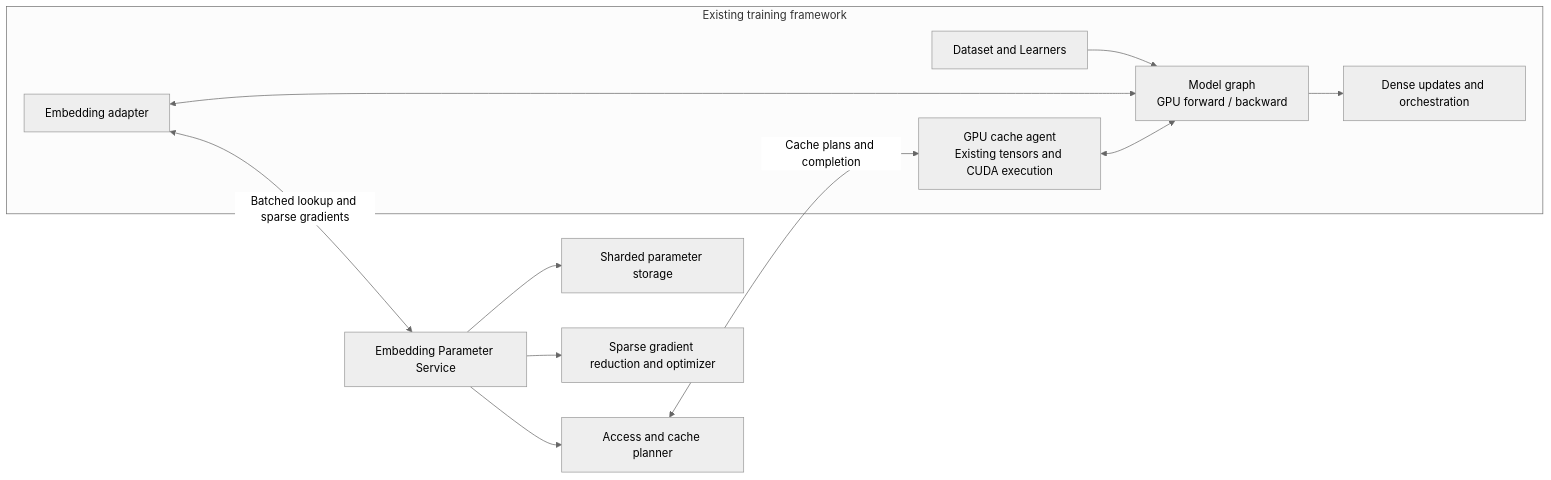
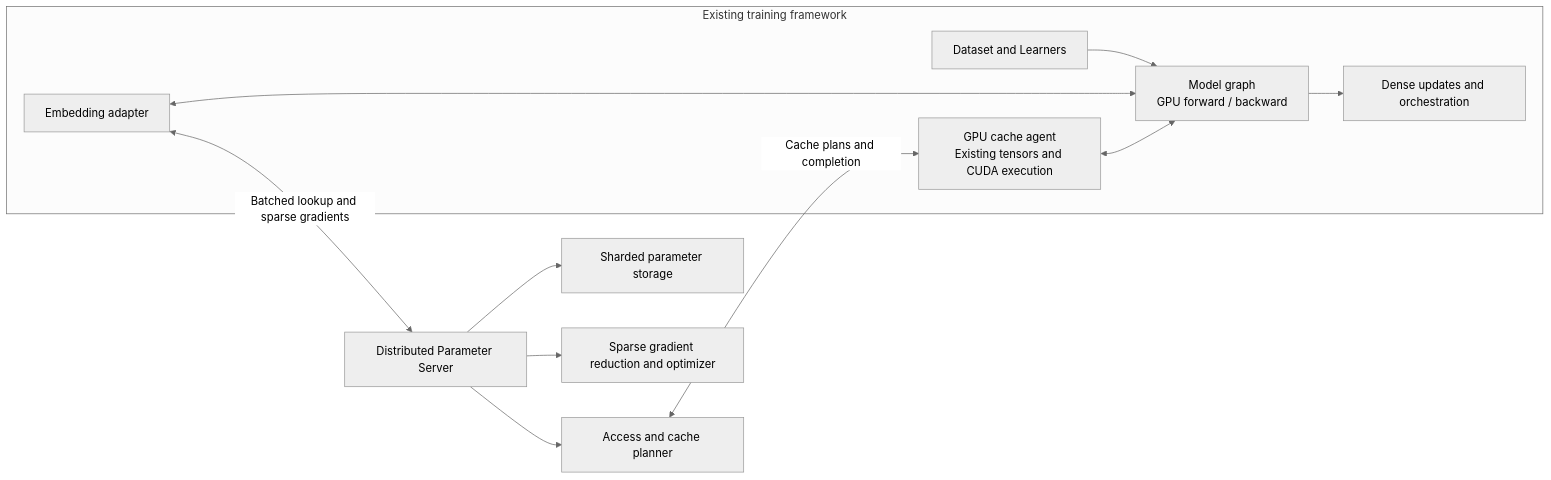
Before and after one commit to Zhang-Xin-Duke/distributed-recommendation-model-training-system: the diagram in README.md, drawn with Mermaid (neutral theme). The commit also changed other lines of this file and 7 other files, not shown here.

Commit message:
docs: position project as Distributed Parameter Server

````diff
--- a/README.md
+++ b/README.md
@@ -19,14 +22,14 @@
 ```mermaid
 flowchart LR
     subgraph Entropy[Existing training framework]
         L[Dataset and Learners] --> G["Model graph<br/>GPU forward / backward"]
         G --> D[Dense updates and orchestration]
         A[Embedding adapter] <--> G
         C["GPU cache agent<br/>Existing tensors and CUDA execution"] <--> G
     end
-    A <-->|Batched lookup and sparse gradients| S[Embedding Parameter Service]
+    A <-->|Batched lookup and sparse gradients| S[Distributed Parameter Server]
     S --> T[Sharded parameter storage]
     S --> U[Sparse gradient reduction and optimizer]
     S --> P[Access and cache planner]
     P <-->|Cache plans and completion| C
 ```
````
